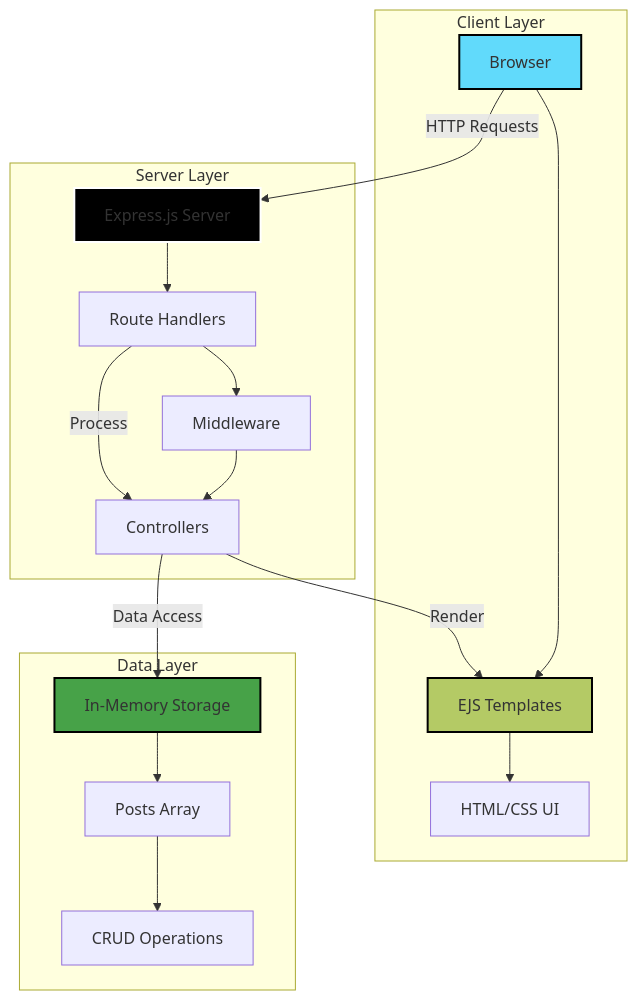
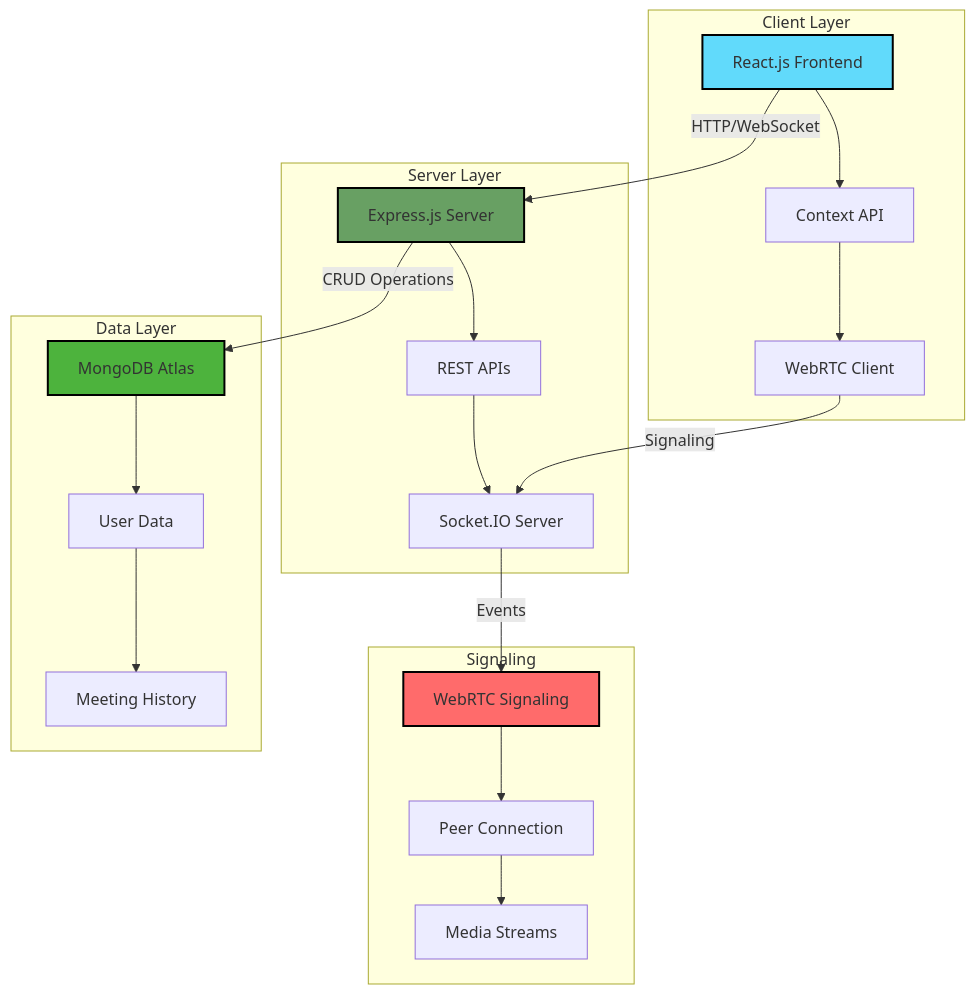
The diagram in README.md (VAMSHIYADAV46/JoinIn), drawn with Mermaid before and after one commit. The commit also changed other lines of this file, not shown here.

````diff
--- a/README.md
+++ b/README.md
@@ -76,28 +79,32 @@
 ```mermaid
 graph TB
     subgraph "Client Layer"
-        A[Browser] --> B[EJS Templates]
-        B --> C[HTML/CSS UI]
+        A[React.js Frontend] --> B[Context API]
+        B --> C[WebRTC Client]
     end
     
     subgraph "Server Layer"
-        D[Express.js Server] --> E[Route Handlers]
-        E --> F[Middleware]
-        F --> G[Controllers]
+        D[Express.js Server] --> E[REST APIs]
+        E --> F[Socket.IO Server]
+    end
+    
+    subgraph "Signaling"
+        G[WebRTC Signaling] --> H[Peer Connection]
+        H --> I[Media Streams]
     end
     
     subgraph "Data Layer"
-        H[In-Memory Storage] --> I[Posts Array]
-        I --> J[CRUD Operations]
+        J[MongoDB Atlas] --> K[User Data]
+        K --> L[Meeting History]
     end
     
-    A -->|HTTP Requests| D
-    E -->|Process| G
-    G -->|Render| B
-    G -->|Data Access| H
+    A -->|HTTP/WebSocket| D
+    C -->|Signaling| F
+    F -->|Events| G
+    D -->|CRUD Operations| J
     
     style A fill:#61dafb,stroke:#000,stroke-width:2px
-    style D fill:#000000,stroke:#fff,stroke-width:2px
-    style H fill:#47a248,stroke:#000,stroke-width:2px
-    style B fill:#b4ca65,stroke:#000,stroke-width:2px
+    style D fill:#68a063,stroke:#000,stroke-width:2px
+    style G fill:#ff6b6b,stroke:#000,stroke-width:2px
+    style J fill:#4db33d,stroke:#000,stroke-width:2px
 ```
````
